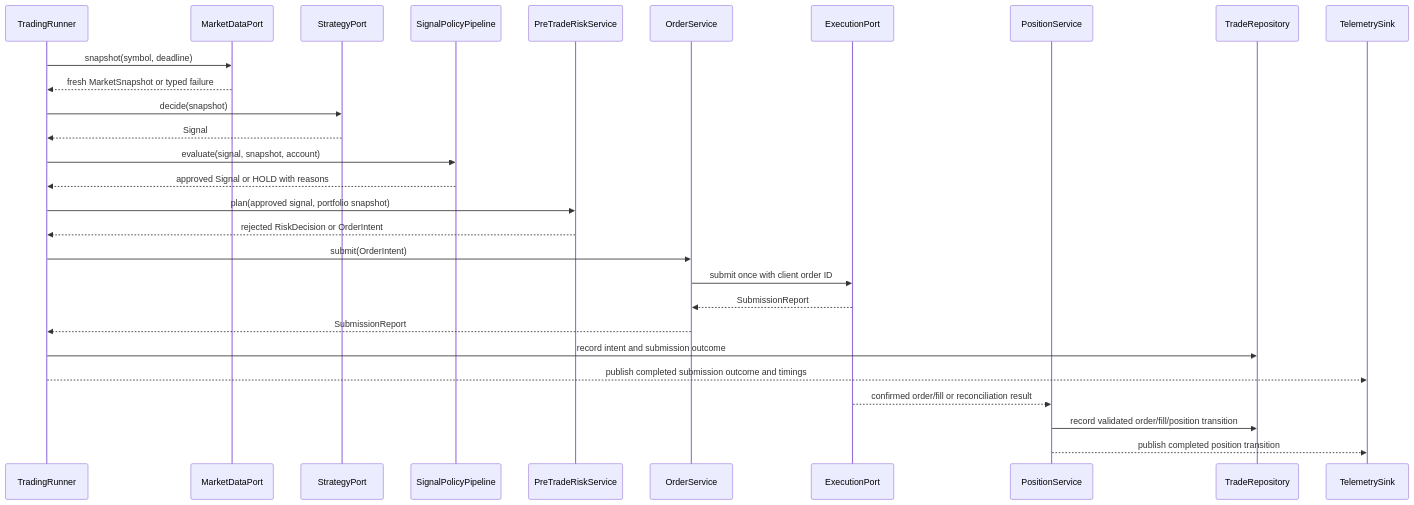
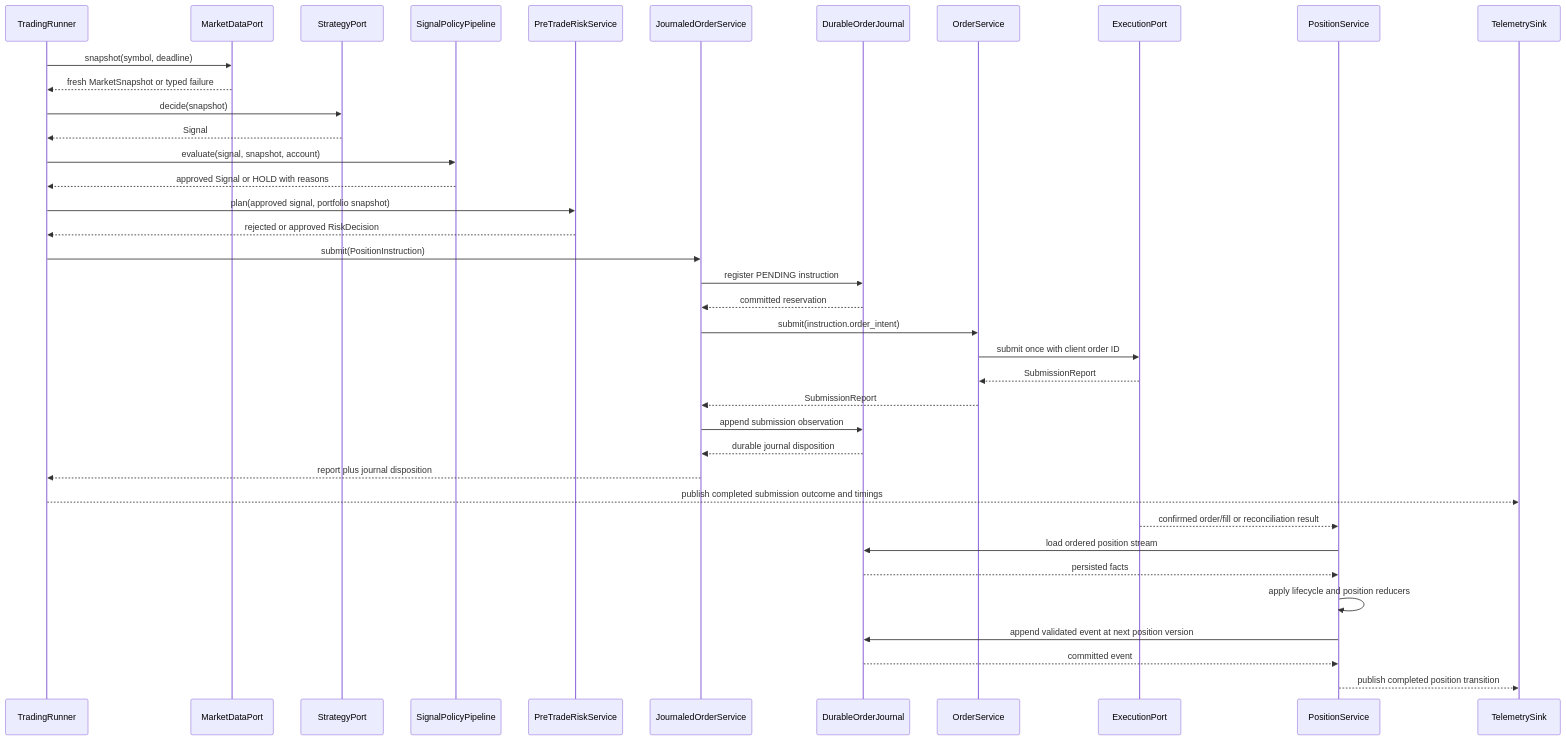
The second of 2 diagrams in docs/architecture_migration/03-target-architecture.md (cluster2600/ELVIS), drawn with Mermaid before and after one commit. The commit also changed other lines of this file and 6 other files, not shown here.

Commit message:
feat(persistence): add order position journal schema

````diff
--- a/docs/architecture_migration/03-target-architecture.md
+++ b/docs/architecture_migration/03-target-architecture.md
@@ -119,31 +119,41 @@
 ```mermaid
 sequenceDiagram
     participant R as TradingRunner
     participant D as MarketDataPort
     participant S as StrategyPort
     participant G as SignalPolicyPipeline
     participant K as PreTradeRiskService
+    participant J as JournaledOrderService
+    participant P as DurableOrderJournal
     participant E as OrderService
     participant X as ExecutionPort
     participant L as PositionService
-    participant P as TradeRepository
     participant O as TelemetrySink
 
     R->>D: snapshot(symbol, deadline)
     D-->>R: fresh MarketSnapshot or typed failure
     R->>S: decide(snapshot)
     S-->>R: Signal
     R->>G: evaluate(signal, snapshot, account)
     G-->>R: approved Signal or HOLD with reasons
     R->>K: plan(approved signal, portfolio snapshot)
-    K-->>R: rejected RiskDecision or OrderIntent
-    R->>E: submit(OrderIntent)
+    K-->>R: rejected or approved RiskDecision
+    R->>J: submit(PositionInstruction)
+    J->>P: register PENDING instruction
+    P-->>J: committed reservation
+    J->>E: submit(instruction.order_intent)
     E->>X: submit once with client order ID
     X-->>E: SubmissionReport
-    E-->>R: SubmissionReport
-    R->>P: record intent and submission outcome
+    E-->>J: SubmissionReport
+    J->>P: append submission observation
+    P-->>J: durable journal disposition
+    J-->>R: report plus journal disposition
     R-->>O: publish completed submission outcome and timings
     X-->>L: confirmed order/fill or reconciliation result
-    L->>P: record validated order/fill/position transition
+    L->>P: load ordered position stream
+    P-->>L: persisted facts
+    L->>L: apply lifecycle and position reducers
+    L->>P: append validated event at next position version
+    P-->>L: committed event
     L-->>O: publish completed position transition
 ```
````
